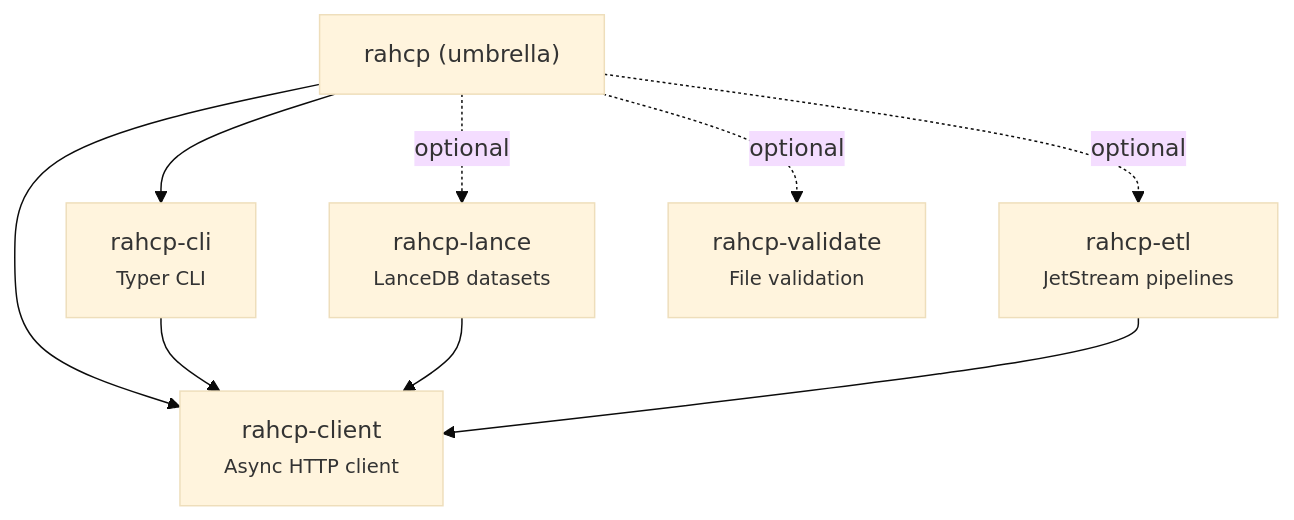
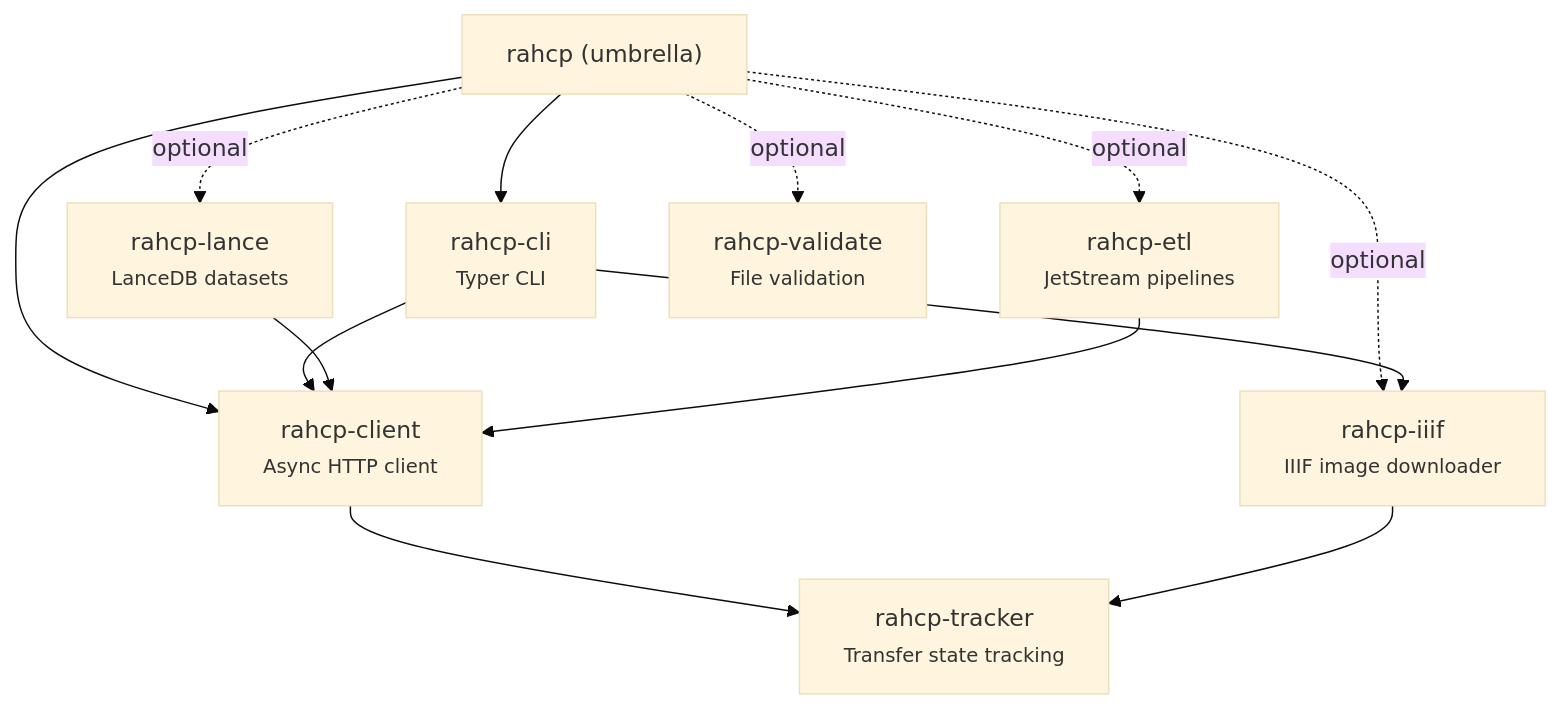
One commit to AI-Riksarkivet/ra-hcp changed the first of 8 diagrams in docs/sdk/index.md. Above: the diagram before and after it, drawn with Mermaid (base theme). The commit also changed other lines of this file and 31 other files, not shown here.

First line of the commit message:
feat: extract rahcp-tracker, add rahcp-iiif, and hcp-sdk skill

````diff
--- a/docs/sdk/index.md
+++ b/docs/sdk/index.md
@@ -5,18 +5,24 @@
 ```mermaid
 graph TD
     ROOT["rahcp (umbrella)"]
+    TRACKER["rahcp-tracker<br/><small>Transfer state tracking</small>"]
     CLIENT["rahcp-client<br/><small>Async HTTP client</small>"]
     CLI["rahcp-cli<br/><small>Typer CLI</small>"]
+    IIIF["rahcp-iiif<br/><small>IIIF image downloader</small>"]
     LANCE["rahcp-lance<br/><small>LanceDB datasets</small>"]
     ETL["rahcp-etl<br/><small>JetStream pipelines</small>"]
     VAL["rahcp-validate<br/><small>File validation</small>"]
 
     ROOT --> CLIENT
     ROOT --> CLI
+    ROOT -.->|optional| IIIF
     ROOT -.->|optional| LANCE
     ROOT -.->|optional| ETL
     ROOT -.->|optional| VAL
+    CLIENT --> TRACKER
+    IIIF --> TRACKER
     CLI --> CLIENT
+    CLI --> IIIF
     LANCE --> CLIENT
     ETL --> CLIENT
 ```
````
